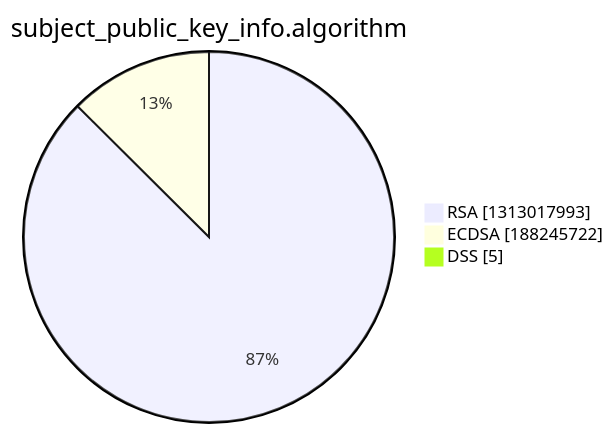
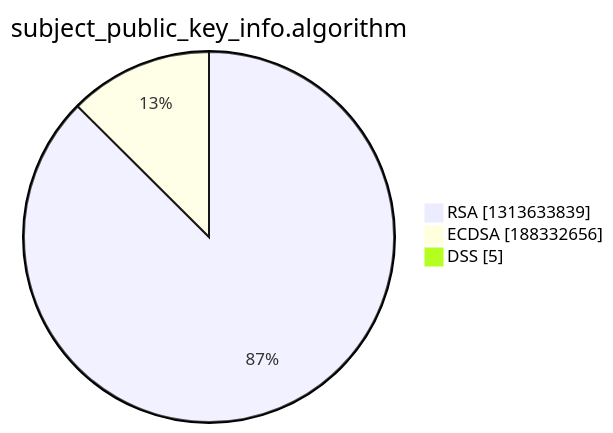
One commit to christiankrug/ctmonitor_visualization changed the third of 15 diagrams in xenon2022/README.md. Above: the diagram before and after it, drawn with Mermaid. The commit also changed other lines of this file, not shown here.

````diff
--- a/xenon2022/README.md
+++ b/xenon2022/README.md
@@ -14,7 +14,7 @@
 ```mermaid
 pie showData
 title subject_public_key_info.algorithm
-"RSA" :1313017993
-"ECDSA" :188245722
+"RSA" :1313633839
+"ECDSA" :188332656
 "DSS" :5
 ```
````
